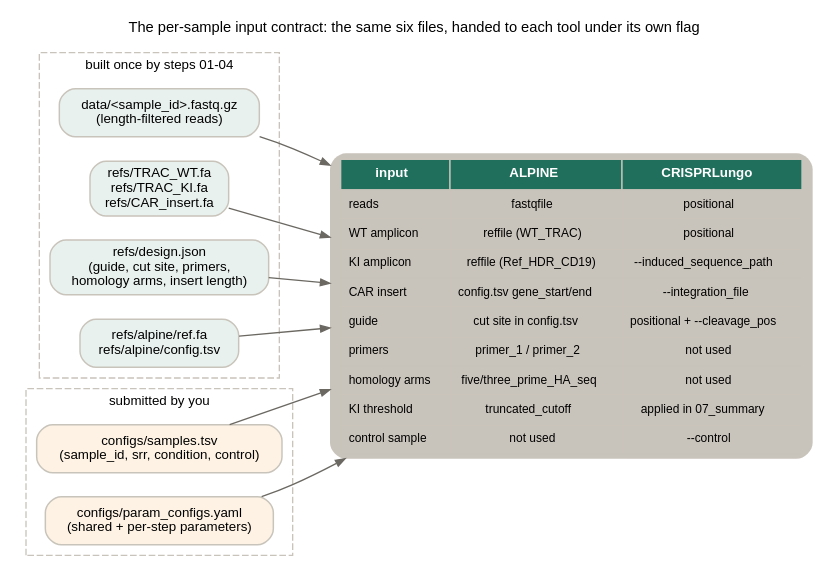
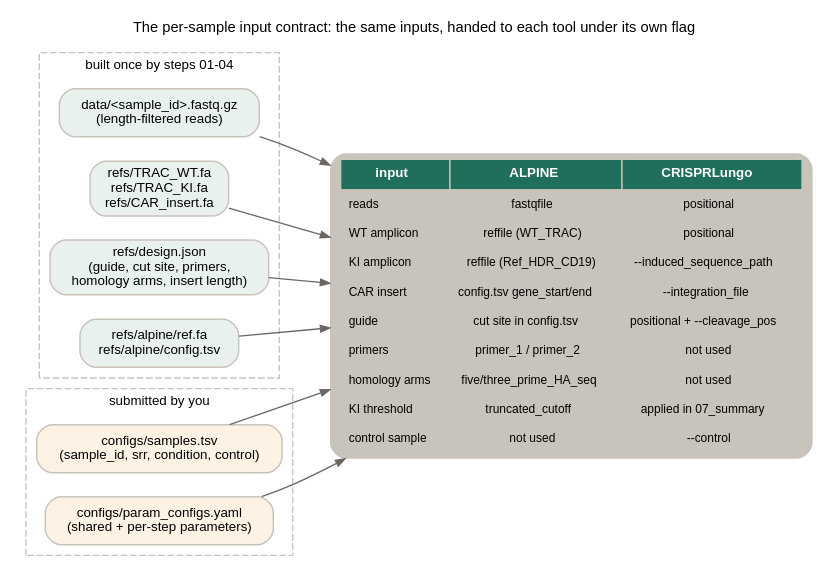
One commit to ssenci97/ONT-CRISPR-knock-in changed the diagram in docs/diagrams/01_inputs.dot. Above: the diagram before and after it, drawn with Graphviz. The commit also changed 16 other files, not shown here.

```diff
--- a/docs/diagrams/01_inputs.dot
+++ b/docs/diagrams/01_inputs.dot
@@ -1,37 +1,37 @@
 digraph inputs {
   graph [rankdir=LR, bgcolor="white", fontname="Helvetica", fontsize=11, labelloc=t,
-         label="The per-sample input contract: the same six files, handed to each tool under its own flag"];
+         label="The per-sample input contract: the same inputs, handed to each tool under its own flag"];
   node [fontname="Helvetica", fontsize=10, shape=box, style="rounded,filled", color="#c9c4bb", penwidth=1.1];
   edge [color="#6b6862", arrowsize=0.7];
 
   subgraph cluster_made {
     label="built once by steps 01-04"; fontname="Helvetica"; fontsize=10; color="#c9c4bb"; style=dashed;
     fastq  [label="data/<sample_id>.fastq.gz\n(length-filtered reads)", fillcolor="#e8f1ee"];
     refs   [label="refs/TRAC_WT.fa\nrefs/TRAC_KI.fa\nrefs/CAR_insert.fa", fillcolor="#e8f1ee"];
     design [label="refs/design.json\n(guide, cut site, primers,\nhomology arms, insert length)", fillcolor="#e8f1ee"];
     alpcfg [label="refs/alpine/ref.fa\nrefs/alpine/config.tsv", fillcolor="#e8f1ee"];
   }
   subgraph cluster_user {
     label="submitted by you"; fontname="Helvetica"; fontsize=10; color="#c9c4bb"; style=dashed;
     sheet [label="configs/samples.tsv\n(sample_id, srr, condition, control)", fillcolor="#fdf2e3"];
     yaml  [label="configs/param_configs.yaml\n(shared + per-step parameters)", fillcolor="#fdf2e3"];
   }
 
   table [shape=plaintext, label=<
     <TABLE BORDER="0" CELLBORDER="1" CELLSPACING="0" CELLPADDING="5">
       <TR><TD BGCOLOR="#1f6f5c"><FONT COLOR="white" POINT-SIZE="10"><B>input</B></FONT></TD>
           <TD BGCOLOR="#1f6f5c"><FONT COLOR="white" POINT-SIZE="10"><B>ALPINE</B></FONT></TD>
           <TD BGCOLOR="#1f6f5c"><FONT COLOR="white" POINT-SIZE="10"><B>CRISPRLungo</B></FONT></TD></TR>
       <TR><TD ALIGN="LEFT"><FONT POINT-SIZE="9">reads</FONT></TD><TD><FONT POINT-SIZE="9">fastqfile</FONT></TD><TD><FONT POINT-SIZE="9">positional</FONT></TD></TR>
       <TR><TD ALIGN="LEFT"><FONT POINT-SIZE="9">WT amplicon</FONT></TD><TD><FONT POINT-SIZE="9">reffile (WT_TRAC)</FONT></TD><TD><FONT POINT-SIZE="9">positional</FONT></TD></TR>
       <TR><TD ALIGN="LEFT"><FONT POINT-SIZE="9">KI amplicon</FONT></TD><TD><FONT POINT-SIZE="9">reffile (Ref_HDR_CD19)</FONT></TD><TD><FONT POINT-SIZE="9">--induced_sequence_path</FONT></TD></TR>
       <TR><TD ALIGN="LEFT"><FONT POINT-SIZE="9">CAR insert</FONT></TD><TD><FONT POINT-SIZE="9">config.tsv gene_start/end</FONT></TD><TD><FONT POINT-SIZE="9">--integration_file</FONT></TD></TR>
       <TR><TD ALIGN="LEFT"><FONT POINT-SIZE="9">guide</FONT></TD><TD><FONT POINT-SIZE="9">cut site in config.tsv</FONT></TD><TD><FONT POINT-SIZE="9">positional + --cleavage_pos</FONT></TD></TR>
       <TR><TD ALIGN="LEFT"><FONT POINT-SIZE="9">primers</FONT></TD><TD><FONT POINT-SIZE="9">primer_1 / primer_2</FONT></TD><TD><FONT POINT-SIZE="9">not used</FONT></TD></TR>
       <TR><TD ALIGN="LEFT"><FONT POINT-SIZE="9">homology arms</FONT></TD><TD><FONT POINT-SIZE="9">five/three_prime_HA_seq</FONT></TD><TD><FONT POINT-SIZE="9">not used</FONT></TD></TR>
       <TR><TD ALIGN="LEFT"><FONT POINT-SIZE="9">KI threshold</FONT></TD><TD><FONT POINT-SIZE="9">truncated_cutoff</FONT></TD><TD><FONT POINT-SIZE="9">applied in 07_summary</FONT></TD></TR>
       <TR><TD ALIGN="LEFT"><FONT POINT-SIZE="9">control sample</FONT></TD><TD><FONT POINT-SIZE="9">not used</FONT></TD><TD><FONT POINT-SIZE="9">--control</FONT></TD></TR>
     </TABLE>>];
 
   fastq -> table; refs -> table; design -> table; alpcfg -> table; sheet -> table; yaml -> table;
 }
```
